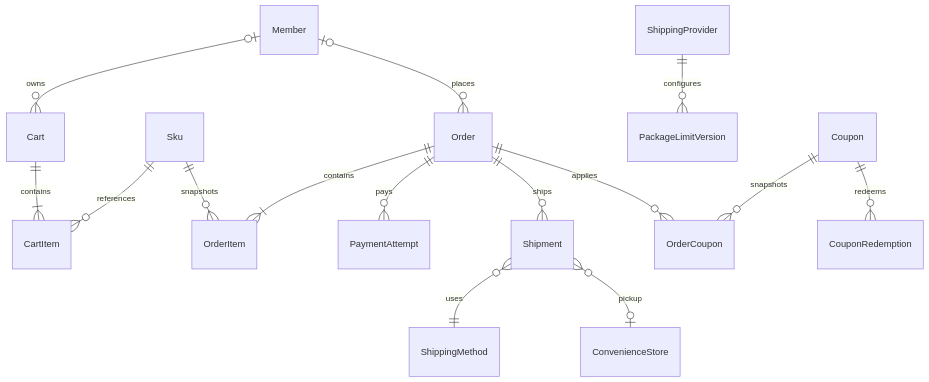
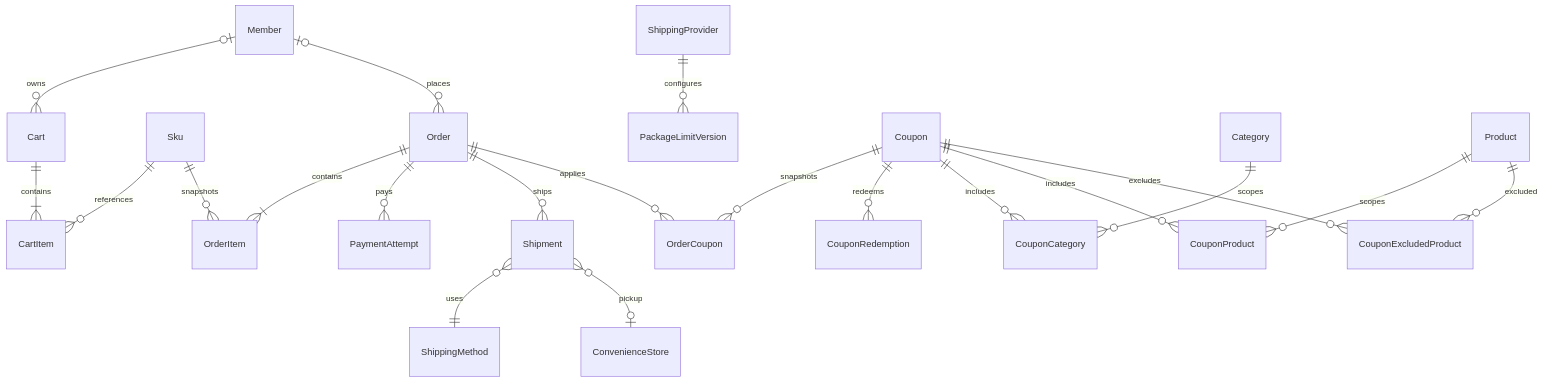
Before and after one commit to FullStackDeveloperSecond/FinalProject: the third of 5 diagrams in FP.sheet/FinalProject/03-架構/資料模型與ERD.md, drawn with Mermaid. The commit also changed other lines of this file and 109 other files, not shown here.

````diff
--- a/FP.sheet/FinalProject/03-架構/資料模型與ERD.md
+++ b/FP.sheet/FinalProject/03-架構/資料模型與ERD.md
@@ -64,17 +64,23 @@
 ```mermaid
 erDiagram
     Member o|--o{ Cart : owns
     Cart ||--|{ CartItem : contains
     Sku ||--o{ CartItem : references
     Order ||--|{ OrderItem : contains
     Sku ||--o{ OrderItem : snapshots
     Member o|--o{ Order : places
     Order ||--o{ PaymentAttempt : pays
     Order ||--o{ Shipment : ships
     Shipment }o--|| ShippingMethod : uses
     Shipment }o--o| ConvenienceStore : pickup
     ShippingProvider ||--o{ PackageLimitVersion : configures
     Order ||--o{ OrderCoupon : applies
     Coupon ||--o{ OrderCoupon : snapshots
     Coupon ||--o{ CouponRedemption : redeems
+    Coupon ||--o{ CouponCategory : includes
+    Category ||--o{ CouponCategory : scopes
+    Coupon ||--o{ CouponProduct : includes
+    Product ||--o{ CouponProduct : scopes
+    Coupon ||--o{ CouponExcludedProduct : excludes
+    Product ||--o{ CouponExcludedProduct : excluded
 ```
````
